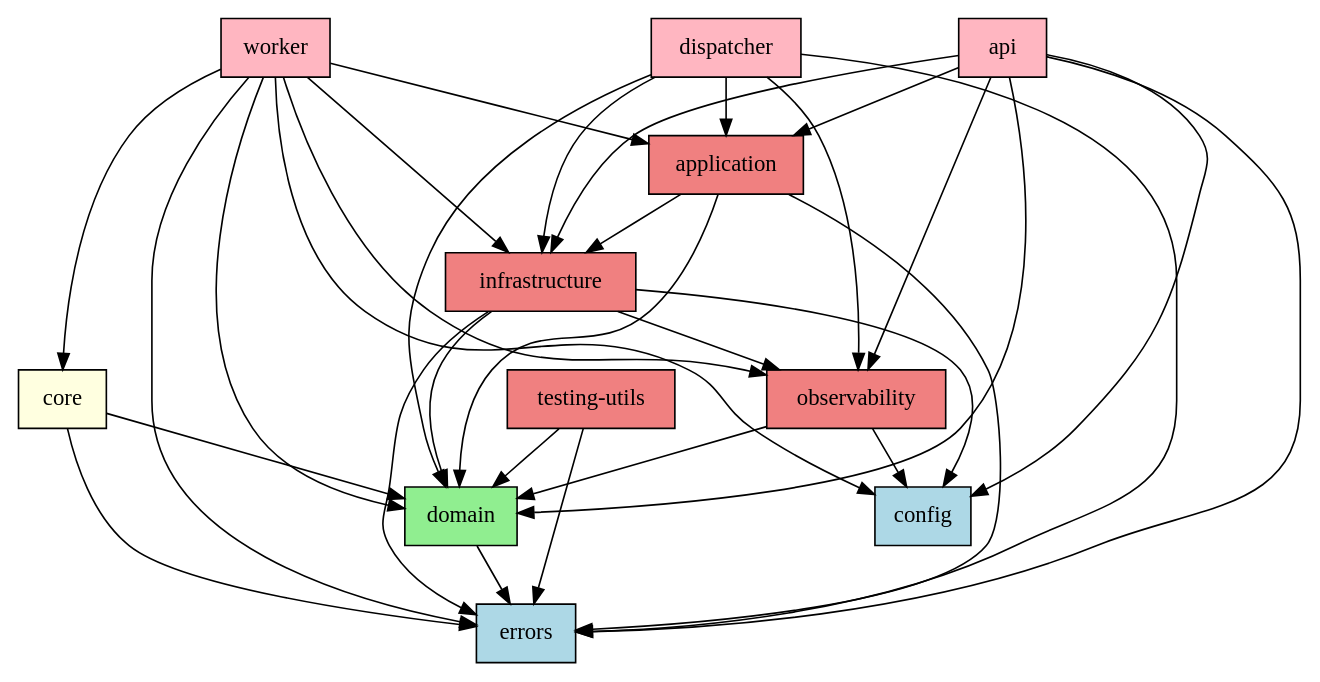
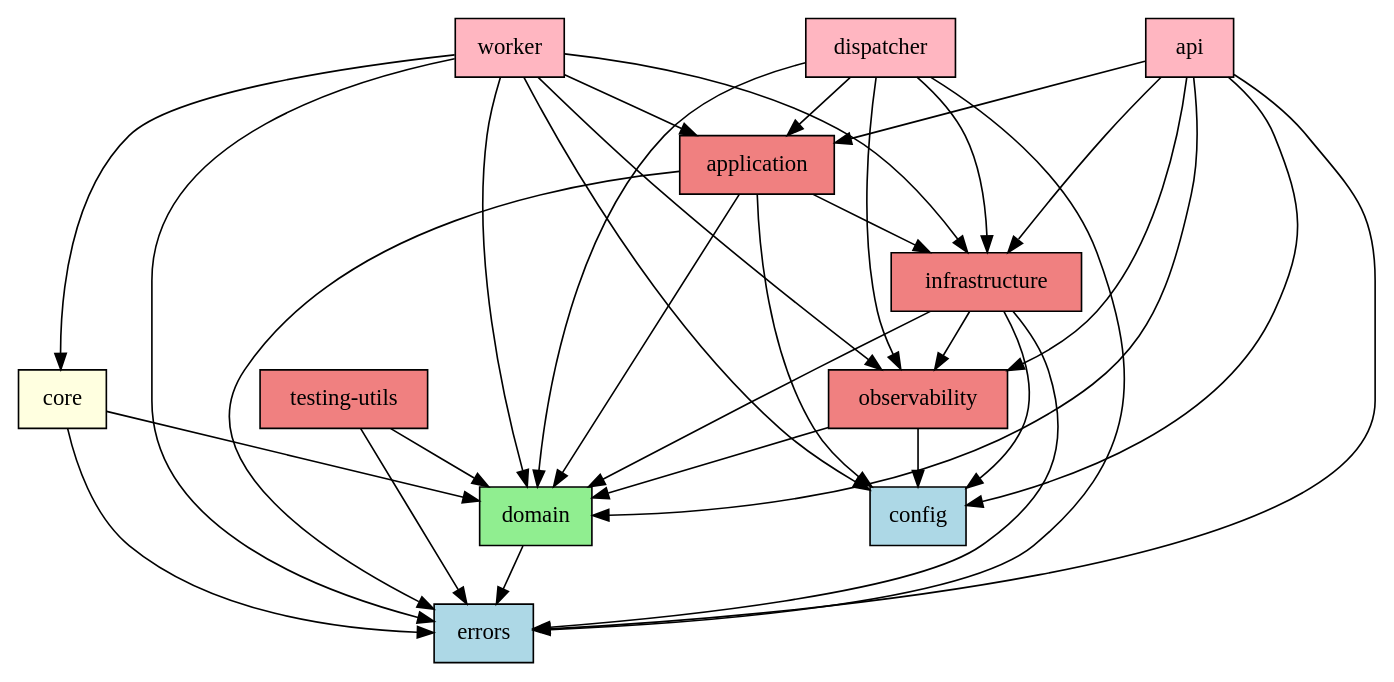
Before and after one commit to yeheng/distributed-scheduler: the diagram in docs/architecture/dependencies.dot, drawn with Graphviz. The commit also changed 5 other files, not shown here.

```diff
--- a/docs/architecture/dependencies.dot
+++ b/docs/architecture/dependencies.dot
@@ -1,47 +1,48 @@
 digraph dependencies {
   rankdir=TB;
   node [shape=box, style=rounded];
   "errors" [fillcolor=lightblue, style=filled];
   "config" [fillcolor=lightblue, style=filled];
   "domain" [fillcolor=lightgreen, style=filled];
   "core" [fillcolor=lightyellow, style=filled];
   "application" [fillcolor=lightcoral, style=filled];
   "infrastructure" [fillcolor=lightcoral, style=filled];
   "observability" [fillcolor=lightcoral, style=filled];
   "testing-utils" [fillcolor=lightcoral, style=filled];
   "dispatcher" [fillcolor=lightpink, style=filled];
   "worker" [fillcolor=lightpink, style=filled];
   "api" [fillcolor=lightpink, style=filled];
   "core" -> "domain";
   "core" -> "errors";
   "dispatcher" -> "errors";
   "dispatcher" -> "domain";
   "dispatcher" -> "infrastructure";
   "dispatcher" -> "application";
   "dispatcher" -> "observability";
   "observability" -> "domain";
   "observability" -> "config";
   "testing-utils" -> "domain";
   "testing-utils" -> "errors";
   "api" -> "application";
   "api" -> "domain";
   "api" -> "infrastructure";
   "api" -> "errors";
   "api" -> "config";
   "api" -> "observability";
   "application" -> "domain";
+  "application" -> "config";
   "application" -> "errors";
   "application" -> "infrastructure";
   "worker" -> "core";
   "worker" -> "domain";
   "worker" -> "application";
   "worker" -> "infrastructure";
   "worker" -> "errors";
   "worker" -> "config";
   "worker" -> "observability";
   "infrastructure" -> "domain";
   "infrastructure" -> "errors";
   "infrastructure" -> "config";
   "infrastructure" -> "observability";
   "domain" -> "errors";
 }
```
